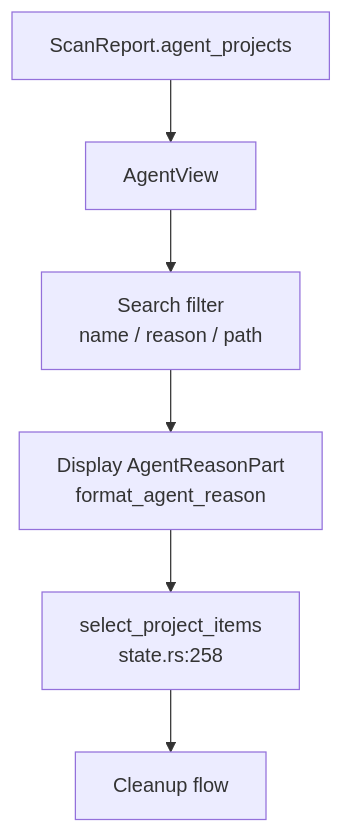
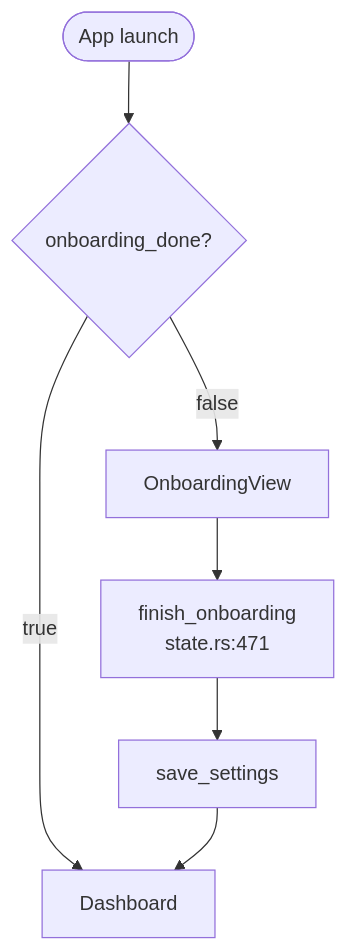
The fifth of 5 diagrams in .terrain/human/3.Workflows.md (sopaco/CLV3000-Plus), drawn with Mermaid before and after one commit. The commit also changed other lines of this file and 14 other files, not shown here.

````diff
--- a/.terrain/human/3.Workflows.md
+++ b/.terrain/human/3.Workflows.md
@@ -178,8 +144,9 @@
 ```mermaid
 flowchart TD
-    A["ScanReport.agent_projects"] --> B["AgentView"]
-    B --> C["Search filter<br/>name / reason / path"]
-    C --> D["Display AgentReasonPart<br/>format_agent_reason"]
-    D --> E["select_project_items<br/>state.rs:258"]
-    E --> F["Cleanup flow"]
+    Launch([App launch]) --> CheckOB{onboarding_done?}
+    CheckOB -->|false| Onboard["OnboardingView"]
+    CheckOB -->|true| Dash["Dashboard"]
+    Onboard --> Finish["finish_onboarding<br/>state.rs:471"]
+    Finish --> Save["save_settings"]
+    Save --> Dash
 ```
````
